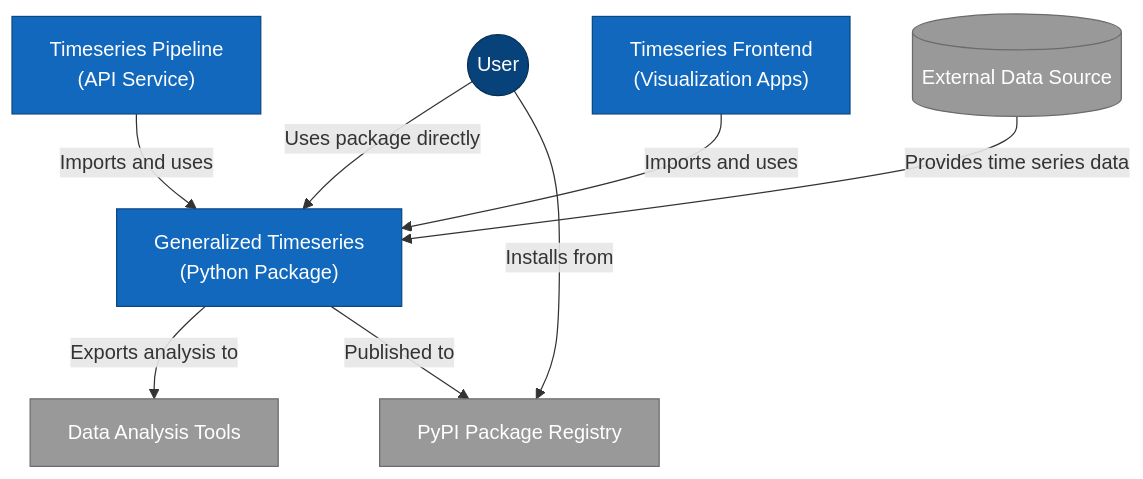
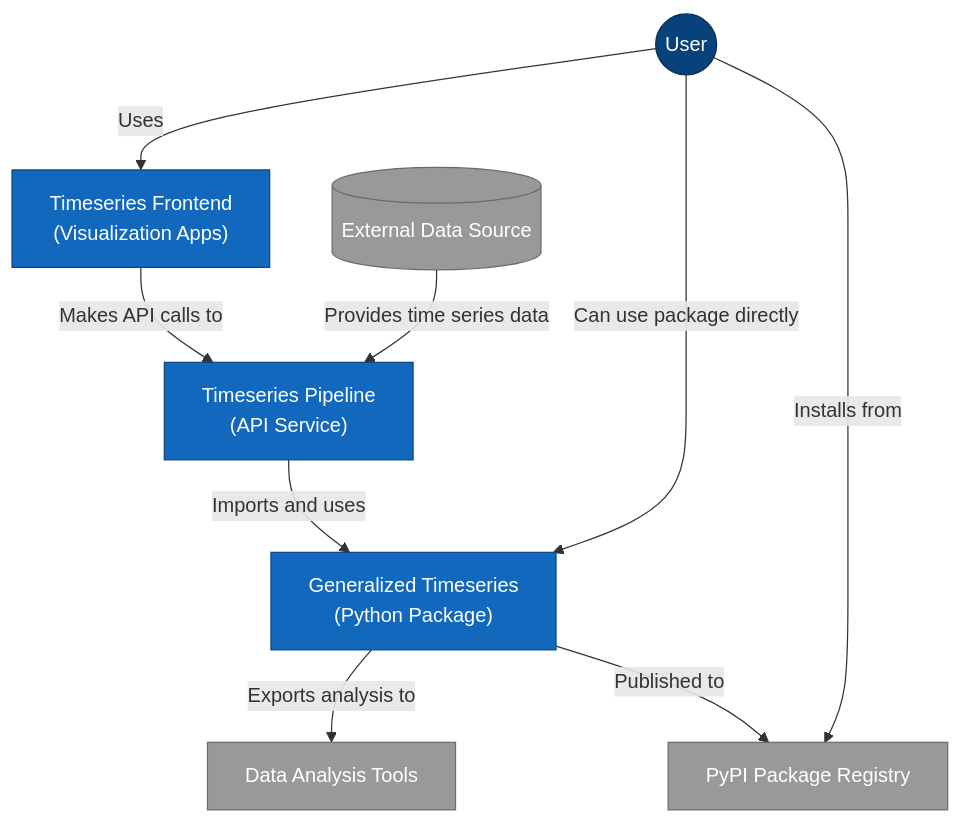
One commit to garthmortensen/timeseries-compute changed the second of 6 diagrams in README.md. Above: the diagram before and after it, drawn with Mermaid. The commit also changed other lines of this file, not shown here.

Commit message:
Rename: Rename to Timeseries Compute

````diff
--- a/README.md
+++ b/README.md
@@ -41,34 +66,29 @@
 ```mermaid
 flowchart TB
     %% Styling
     classDef person fill:#08427B,color:#fff,stroke:#052E56,stroke-width:1px
     classDef system fill:#1168BD,color:#fff,stroke:#0B4884,stroke-width:1px
     classDef external fill:#999999,color:#fff,stroke:#6B6B6B,stroke-width:1px
-    
     %% Actors and Systems
     User((User)):::person
-    
     %% Main Systems
     TimeSeriesFrontend["Timeseries Frontend
     (Visualization Apps)"]:::system
     TimeSeriesPipeline["Timeseries Pipeline
     (API Service)"]:::system
     GeneralizedTimeseries["Generalized Timeseries
     (Python Package)"]:::system
-    
     %% External Systems
     ExternalDataSource[(External Data Source)]:::external
     AnalysisTool["Data Analysis Tools"]:::external
     PyPI["PyPI Package Registry"]:::external
-    
     %% Relationships
-    User -- "Uses package directly" --> GeneralizedTimeseries
+    User -- "Uses" --> TimeSeriesFrontend
+    TimeSeriesFrontend -- "Makes API calls to" --> TimeSeriesPipeline
     TimeSeriesPipeline -- "Imports and uses" --> GeneralizedTimeseries
-    TimeSeriesFrontend -- "Imports and uses" --> GeneralizedTimeseries
-    
-    ExternalDataSource -- "Provides time series data" --> GeneralizedTimeseries
+    User -- "Can use package directly" --> GeneralizedTimeseries  
+    ExternalDataSource -- "Provides time series data" --> TimeSeriesPipeline
     GeneralizedTimeseries -- "Exports analysis to" --> AnalysisTool
-    
     GeneralizedTimeseries -- "Published to" --> PyPI
     User -- "Installs from" --> PyPI
 ```
````
